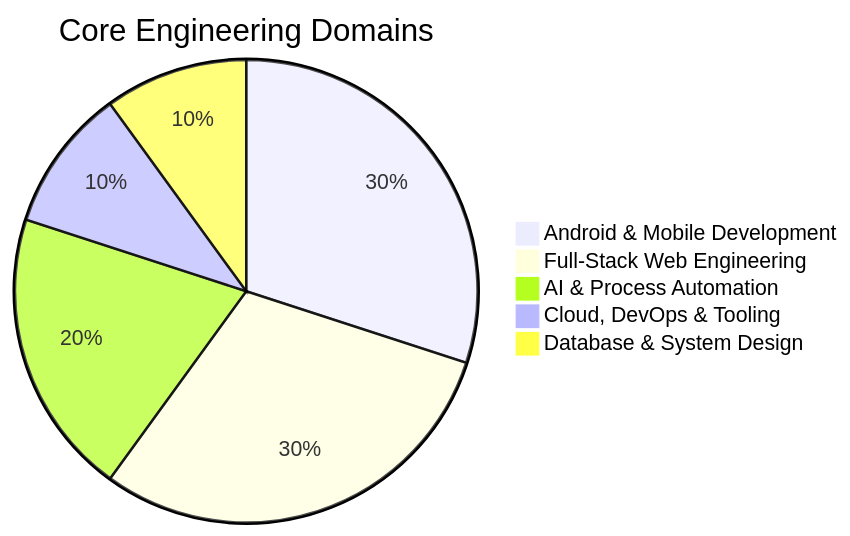
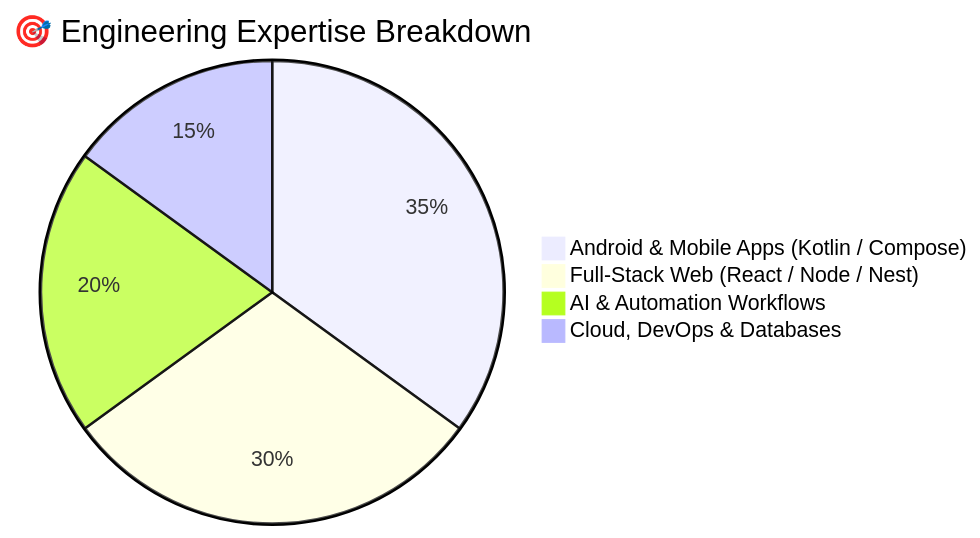
Before and after one commit to jayagarwal-github/jayagarwal-github: the first of 2 diagrams in README.md, drawn with Mermaid. The commit also changed other lines of this file, not shown here.

Commit message:
UI redesign: visual charts, icon grids, and streamlined profile

````diff
--- a/README.md
+++ b/README.md
@@ -37,8 +33,7 @@
 ```mermaid
-pie title Core Engineering Domains
-    "Android & Mobile Development" : 30
-    "Full-Stack Web Engineering" : 30
-    "AI & Process Automation" : 20
-    "Cloud, DevOps & Tooling" : 10
-    "Database & System Design" : 10
+pie title 🎯 Engineering Expertise Breakdown
+    "Android & Mobile Apps (Kotlin / Compose)" : 35
+    "Full-Stack Web (React / Node / Nest)" : 30
+    "AI & Automation Workflows" : 20
+    "Cloud, DevOps & Databases" : 15
 ```
````
